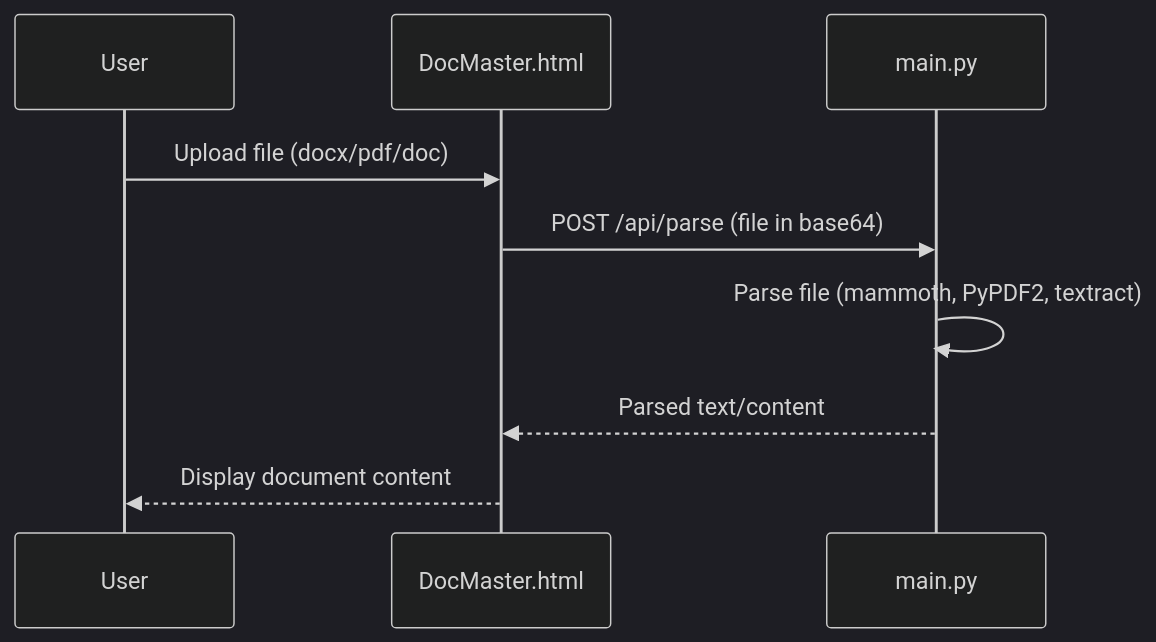
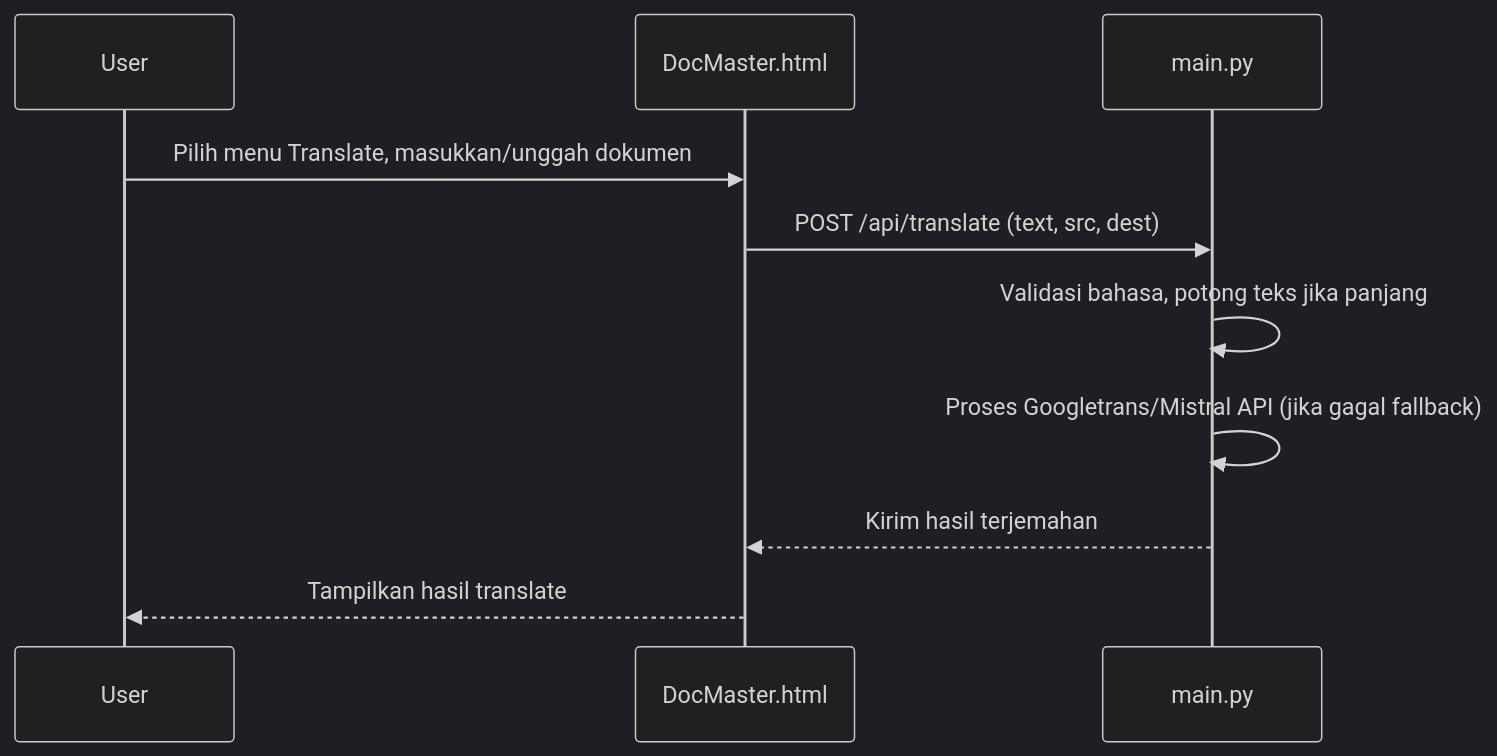
One commit to Ascalon984/DocFusionn changed the second of 5 diagrams in DocMaster_Flowchart.md. Above: the diagram before and after it, drawn with Mermaid (dark theme). The commit also changed other lines of this file, not shown here.

````diff
--- a/DocMaster_Flowchart.md
+++ b/DocMaster_Flowchart.md
@@ -27,11 +27,12 @@
 ```mermaid
 sequenceDiagram
     participant User
     participant Frontend as DocMaster.html
     participant MainAPI as main.py
-    User->>Frontend: Upload file (docx/pdf/doc)
-    Frontend->>MainAPI: POST /api/parse (file in base64)
-    MainAPI->>MainAPI: Parse file (mammoth, PyPDF2, textract)
-    MainAPI-->>Frontend: Parsed text/content
-    Frontend-->>User: Display document content
+    User->>Frontend: Pilih menu Translate, masukkan/unggah dokumen
+    Frontend->>MainAPI: POST /api/translate (text, src, dest)
+    MainAPI->>MainAPI: Validasi bahasa, potong teks jika panjang
+    MainAPI->>MainAPI: Proses Googletrans/Mistral API (jika gagal fallback)
+    MainAPI-->>Frontend: Kirim hasil terjemahan
+    Frontend-->>User: Tampilkan hasil translate
 ```
````
